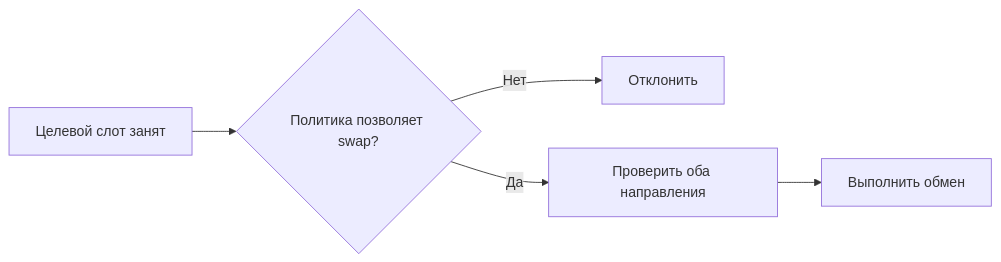
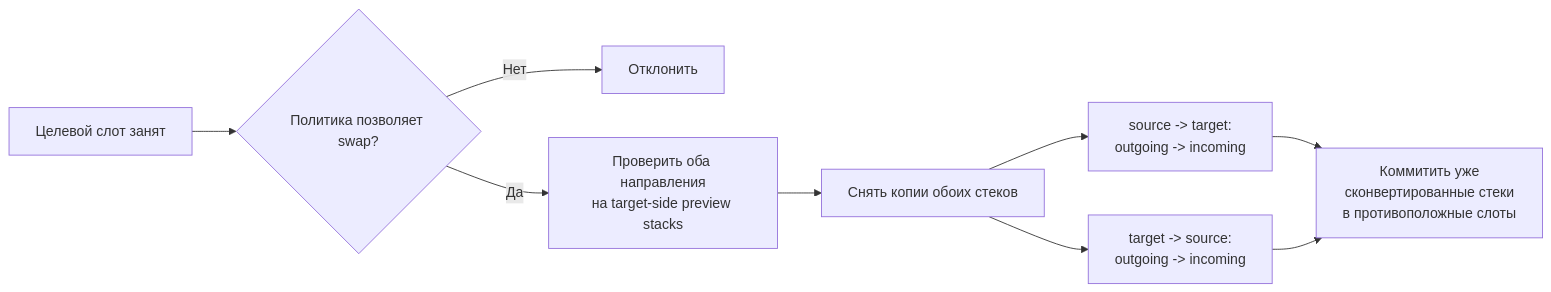
The eighth of 8 diagrams in .docs/content/architecture/transfer-pipeline.md (SergeevSergey99/DragAndDropSystem-Docs), drawn with Mermaid before and after one commit. The commit also changed other lines of this file and 3 other files, not shown here.

````diff
--- a/.docs/content/architecture/transfer-pipeline.md
+++ b/.docs/content/architecture/transfer-pipeline.md
@@ -292,7 +302,11 @@
 ```mermaid
 flowchart LR
     A["Целевой слот занят"] --> B{"Политика позволяет swap?"}
     B -->|Нет| C["Отклонить"]
-    B -->|Да| D["Проверить оба направления"]
-    D --> E["Выполнить обмен"]
+    B -->|Да| D["Проверить оба направления\nна target-side preview stacks"]
+    D --> E["Снять копии обоих стеков"]
+    E --> F["source -> target:\noutgoing -> incoming"]
+    E --> G["target -> source:\noutgoing -> incoming"]
+    F --> H["Коммитить уже\nсконвертированные стеки\nв противоположные слоты"]
+    G --> H
 ```
````
